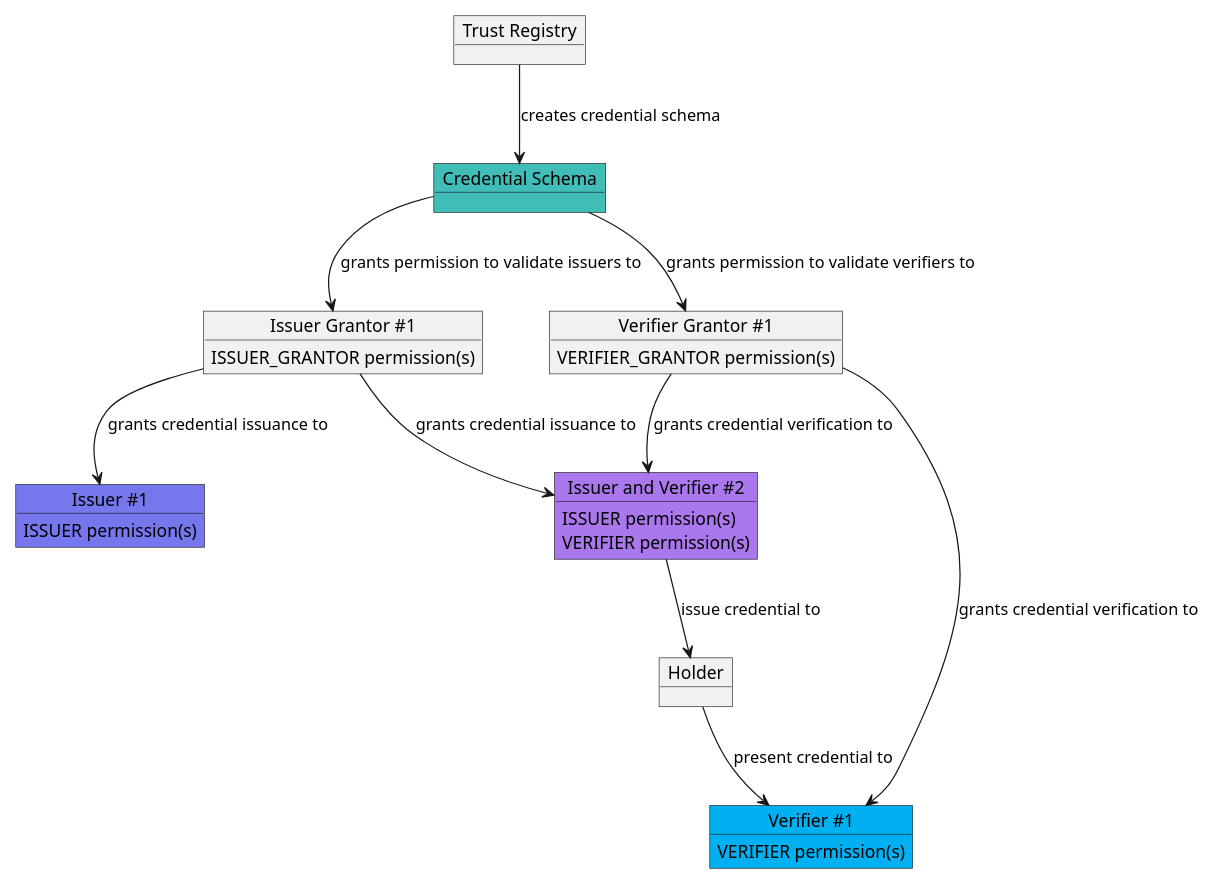
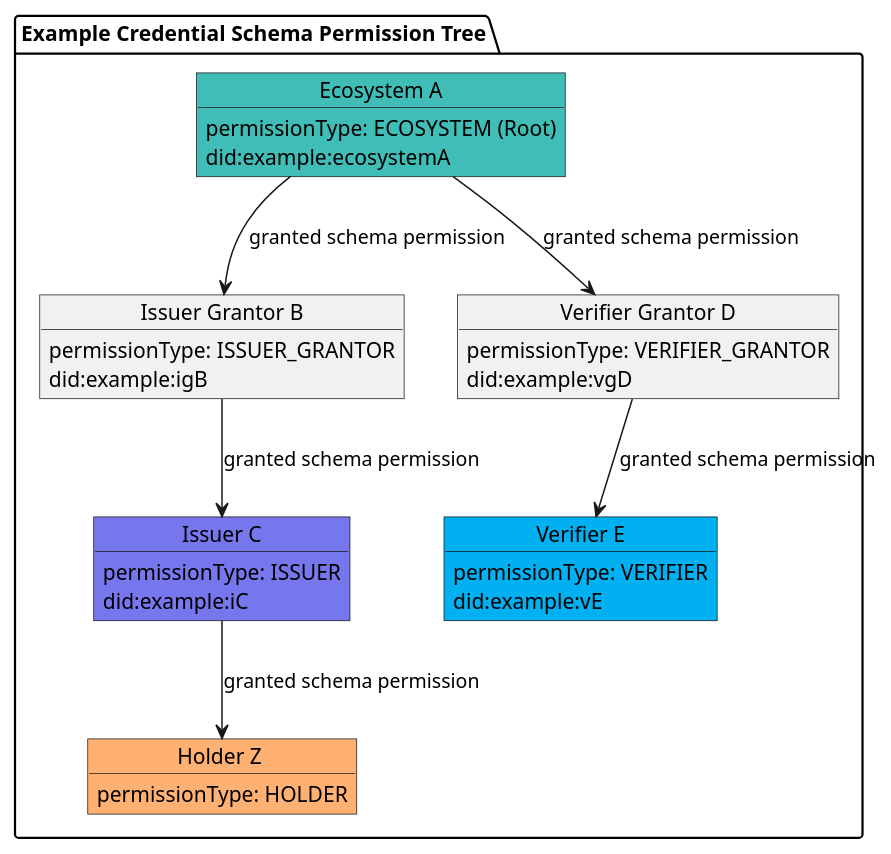
Before and after one commit to verana-labs/verifiable-trust-vpr-spec: the third of 15 diagrams in spec.md, drawn with PlantUML. The commit also changed other lines of this file and 1 other file, not shown here.

````diff
--- a/spec.md
+++ b/spec.md
@@ -309,35 +324,46 @@
 ```plantuml
 
 @startuml
 scale max 800 width
-object "Trust Registry" as root
-object "Credential Schema" as sc #3fbdb6
-object "Issuer Grantor #1" as ig1 {
-    ISSUER_GRANTOR permission(s)
+ 
+package "Example Credential Schema Permission Tree" as cs {
+
+    object "Ecosystem A" as tr #3fbdb6 {
+        permissionType: ECOSYSTEM (Root)
+        did:example:ecosystemA
+    }
+    object "Issuer Grantor B" as ig {
+        permissionType: ISSUER_GRANTOR
+        did:example:igB
+    }
+    object "Issuer C" as issuer #7677ed  {
+        permissionType: ISSUER
+        did:example:iC
+    }
+    object "Verifier Grantor D" as vg {
+        permissionType: VERIFIER_GRANTOR
+        did:example:vgD
+    }
+    object "Verifier E" as verifier #00b0f0 {
+        permissionType: VERIFIER
+        did:example:vE
+    }
+
+    object "Holder Z " as holder #FFB073 {
+        permissionType: HOLDER
+    }
 }
-object "Issuer #1" as i1 #7677ed {
-    ISSUER permission(s)
-}
-object "Issuer and Verifier #2" as iv2 #AA77ed {
-    ISSUER permission(s)
-    VERIFIER permission(s)
-}
-object "Verifier #1" as v1 #00b0f0 {
-    VERIFIER permission(s)
-}
-object "Verifier Grantor #1" as vg1 {
-    VERIFIER_GRANTOR permission(s)
-}
-object "Holder" as u
-root --> sc : creates credential schema
-sc --> ig1 : grants permission to validate issuers to
-sc --> vg1 : grants permission to validate verifiers to
-ig1 --> iv2 : grants credential issuance to
-ig1 --> i1 : grants credential issuance to
-vg1 --> v1 : grants credential verification to
-vg1 --> iv2 : grants credential verification to
-iv2 --> u : issue credential to
-u --> v1 : present credential to
+
+
+
+tr --> ig : granted schema permission
+ig --> issuer : granted schema permission
+
+tr --> vg : granted schema permission
+vg --> verifier : granted schema permission
+
+issuer --> holder: granted schema permission
+
 @enduml
 
 ```
````
